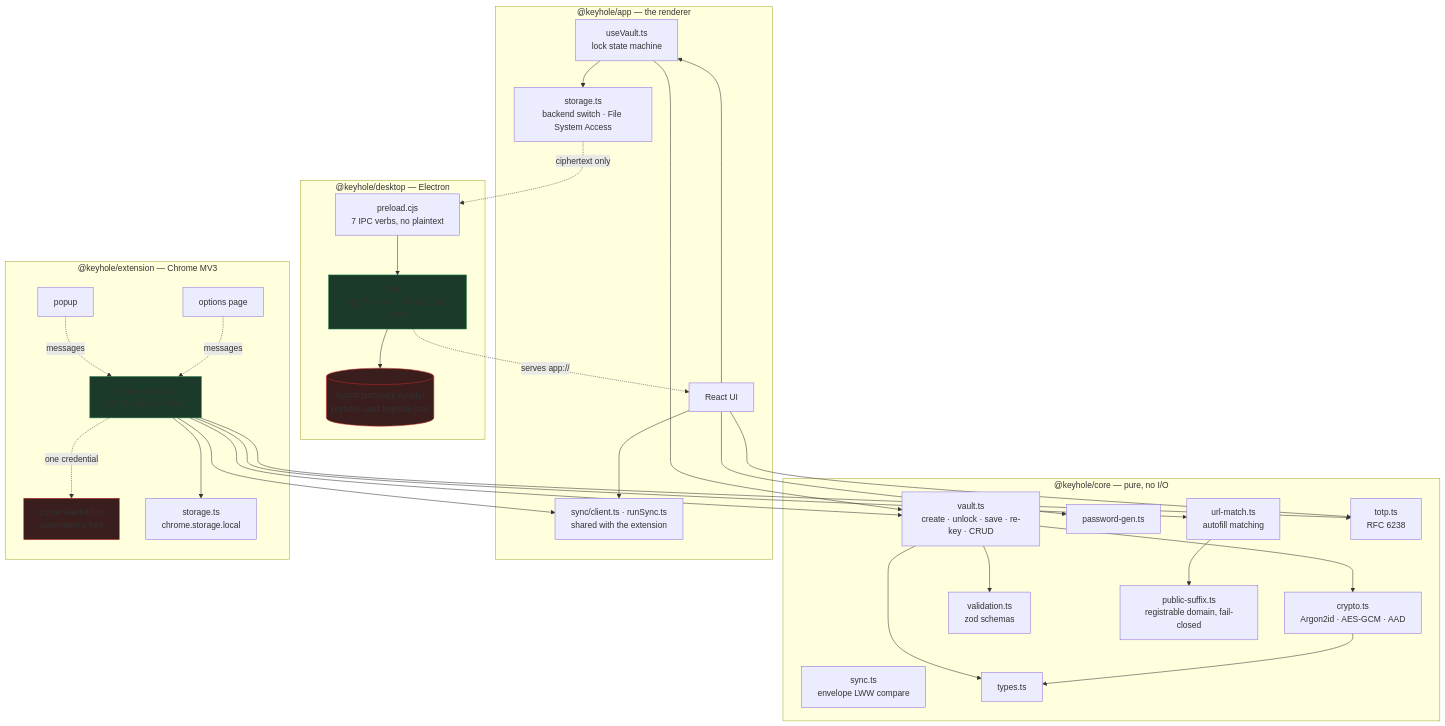
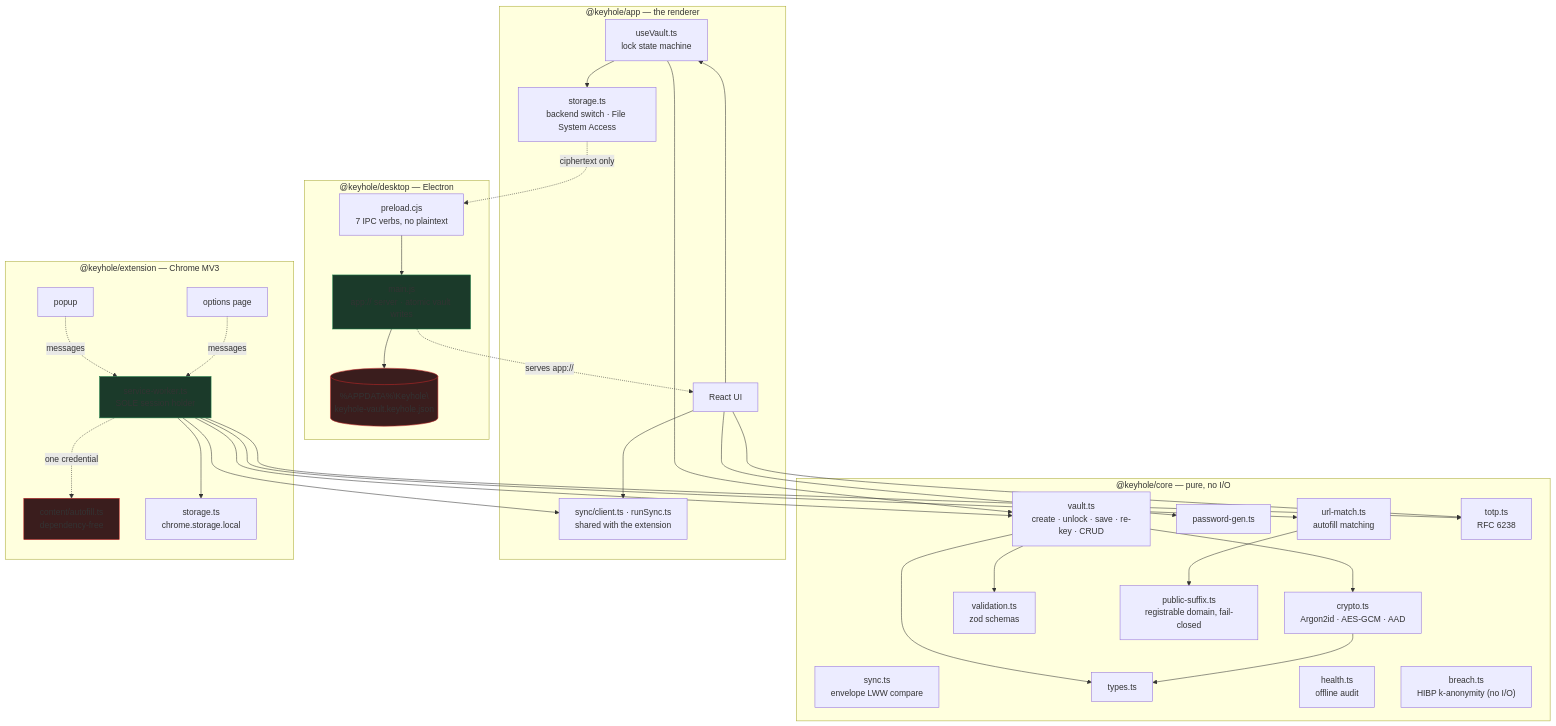
Before and after one commit to m1hung/KeyHole: the first of 6 diagrams in ARCHITECTURE.md, drawn with Mermaid. The commit also changed 29 other files, not shown here.

First line of the commit message:
Fix trash and extension save data loss; ship schema 4 with richer entries and opt-in breach checks.

````diff
--- a/ARCHITECTURE.md
+++ b/ARCHITECTURE.md
@@ -5,68 +5,70 @@
 ```mermaid
 graph TD
   subgraph core["@keyhole/core — pure, no I/O"]
     crypto["crypto.ts<br/>Argon2id · AES-GCM · AAD"]
     vault["vault.ts<br/>create · unlock · save · re-key · CRUD"]
     sync["sync.ts<br/>envelope LWW compare"]
     types["types.ts"]
     validation["validation.ts<br/>zod schemas"]
     gen["password-gen.ts"]
     urlmatch["url-match.ts<br/>autofill matching"]
     psl["public-suffix.ts<br/>registrable domain, fail-closed"]
     totp["totp.ts<br/>RFC 6238"]
+    health["health.ts<br/>offline audit"]
+    breach["breach.ts<br/>HIBP k-anonymity (no I/O)"]
   end
 
   subgraph app["@keyhole/app — the renderer"]
     useVault["useVault.ts<br/>lock state machine"]
     appStorage["storage.ts<br/>backend switch · File System Access"]
     appUI["React UI"]
     syncClient["sync/client.ts · runSync.ts<br/>shared with the extension"]
   end
 
   subgraph desktop["@keyhole/desktop — Electron"]
     main["main.js<br/>app:// server · atomic vault writes"]
     preload["preload.cjs<br/>7 IPC verbs, no plaintext"]
     vaultFile[("%APPDATA%\Keyhole\<br/>keyhole-vault.keyhole.json")]
   end
 
   subgraph ext["@keyhole/extension — Chrome MV3"]
     sw["service-worker.ts<br/>SOLE session holder"]
     popup["popup"]
     options["options page"]
     content["content/autofill.ts<br/>dependency-free"]
     extStorage["storage.ts<br/>chrome.storage.local"]
   end
 
   vault --> crypto
   vault --> validation
   vault --> types
   crypto --> types
 
   useVault --> vault
   useVault --> appStorage
   appUI --> useVault
   appUI --> gen
   appUI --> totp
   appUI --> syncClient
 
   appStorage -.ciphertext only.-> preload
   preload --> main
   main --> vaultFile
   main -.serves app:// .-> appUI
 
   urlmatch --> psl
 
   sw --> vault
   sw --> urlmatch
   sw --> totp
   sw --> extStorage
   sw --> syncClient
   popup -.messages.-> sw
   options -.messages.-> sw
   sw -.one credential.-> content
 
   style content fill:#3a1d1d,stroke:#c62828
   style sw fill:#1b3a2a,stroke:#1b7f47
   style main fill:#1b3a2a,stroke:#1b7f47
   style vaultFile fill:#3a1d1d,stroke:#c62828
 ```
````
